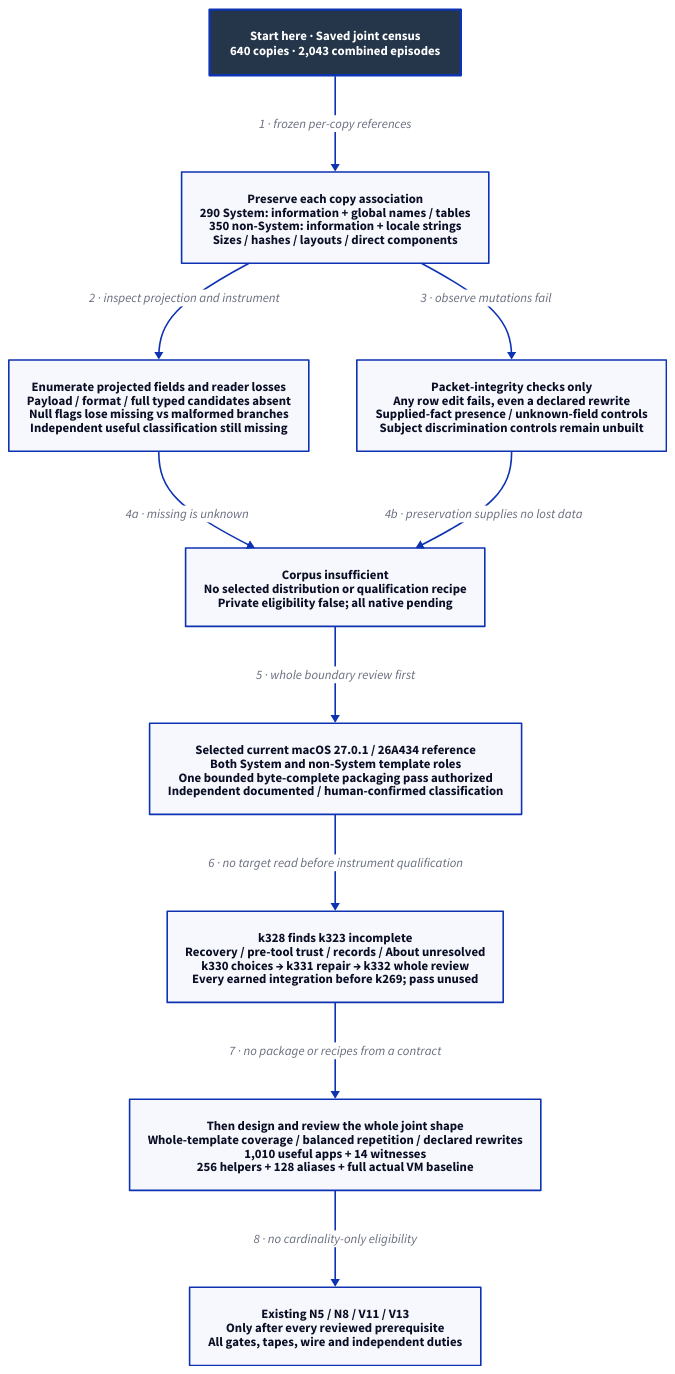
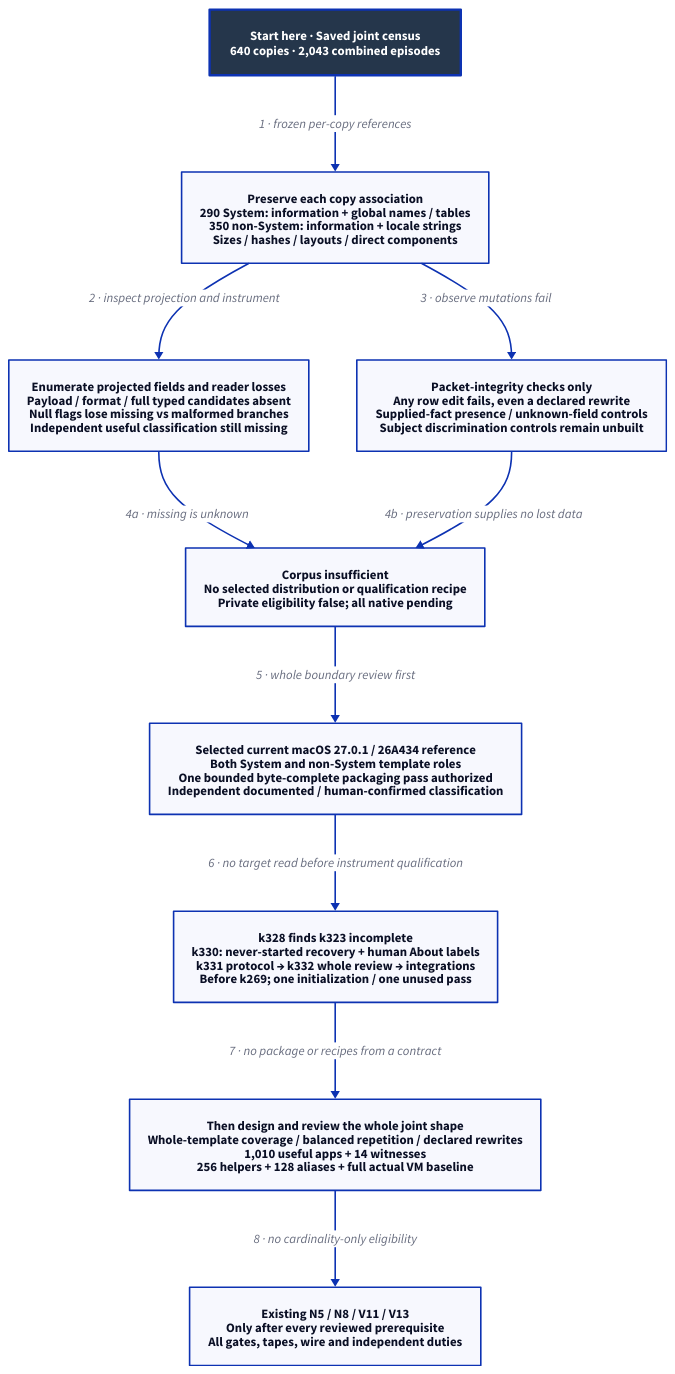
One commit to Linkuistics/Koine changed the diagram in docs/design/architecture/native-population-metadata-shape.d2. Above: the diagram before and after it, drawn with D2. The commit also changed 34 other files, not shown here.

Commit message:
Record never-started recovery and About provenance requirements (reference-evidence-recovery-and-provenance-k330)

```diff
--- a/docs/design/architecture/native-population-metadata-shape.d2
+++ b/docs/design/architecture/native-population-metadata-shape.d2
@@ -1,23 +1,23 @@
 # Reviewed k323 proposal; k330/k331/k332 replacement and integrations precede k269.
 direction: down
 classes: {
   start: {style: {fill: "#25364B"; font-color: "#FFFFFF"; bold: true; stroke-width: 3}}
 }
 Start: "Start here · Saved joint census\n640 copies · 2,043 combined episodes" {class: start}
 Known: "Preserve each copy association\n290 System: information + global names / tables\n350 non-System: information + locale strings\nSizes / hashes / layouts / direct components"
 Missing: "Enumerate projected fields and reader losses\nPayload / format / full typed candidates absent\nNull flags lose missing vs malformed branches\nIndependent useful classification still missing"
 Control: "Packet-integrity checks only\nAny row edit fails, even a declared rewrite\nSupplied-fact presence / unknown-field controls\nSubject discrimination controls remain unbuilt"
 Boundary: "Corpus insufficient\nNo selected distribution or qualification recipe\nPrivate eligibility false; all native pending"
 Decision: "Selected current macOS 27.0.1 / 26A434 reference\nBoth System and non-System template roles\nOne bounded byte-complete packaging pass authorized\nIndependent documented / human-confirmed classification"
-Contract: "k328 finds k323 incomplete\nRecovery / pre-tool trust / records / About unresolved\nk330 choices → k331 repair → k332 whole review\nEvery earned integration before k269; pass unused"
+Contract: "k328 finds k323 incomplete\nk330: never-started recovery + human About labels\nk331 protocol → k332 whole review → integrations\nBefore k269; one initialization / one unused pass"
 Design: "Then design and review the whole joint shape\nWhole-template coverage / balanced repetition / declared rewrites\n1,010 useful apps + 14 witnesses\n256 helpers + 128 aliases + full actual VM baseline"
 Native: "Existing N5 / N8 / V11 / V13\nOnly after every reviewed prerequisite\nAll gates, tapes, wire and independent duties"
 Start -> Known: "1 · frozen per-copy references"
 Known -> Missing: "2 · inspect projection and instrument"
 Known -> Control: "3 · observe mutations fail"
 Missing -> Boundary: "4a · missing is unknown"
 Control -> Boundary: "4b · preservation supplies no lost data"
 Boundary -> Decision: "5 · whole boundary review first"
 Decision -> Contract: "6 · no target read before instrument qualification"
 Contract -> Design: "7 · no package or recipes from a contract"
 Design -> Native: "8 · no cardinality-only eligibility"
```
